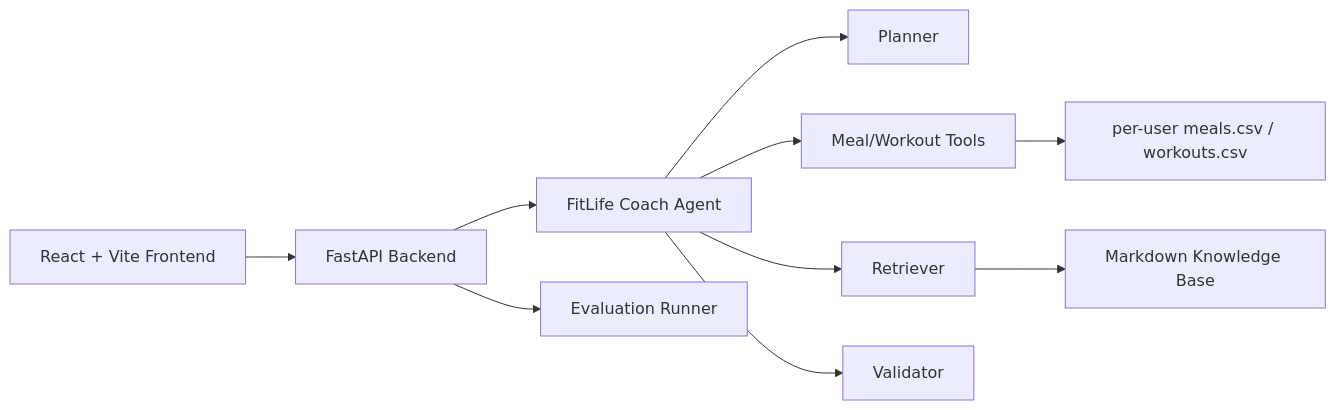
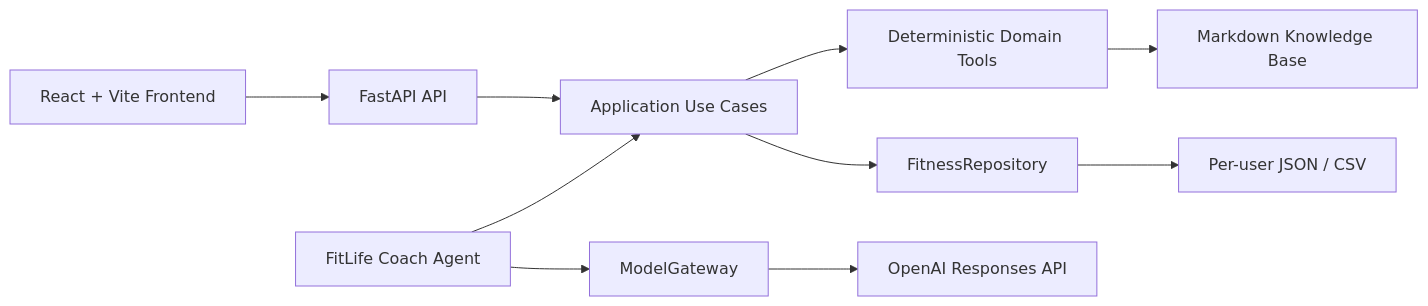
The diagram in README.md (HarrySheldon/fitlife-agent), drawn with Mermaid before and after one commit. The commit also changed other lines of this file and 12 other files, not shown here.

````diff
--- a/README.md
+++ b/README.md
@@ -21,12 +21,12 @@
 ```mermaid
 flowchart LR
-  UI["React + Vite Frontend"] --> API["FastAPI Backend"]
-  API --> Agent["FitLife Coach Agent"]
-  Agent --> Planner["Planner"]
-  Agent --> Tools["Meal/Workout Tools"]
-  Agent --> RAG["Retriever"]
-  Agent --> Validator["Validator"]
-  Tools --> CSV["per-user meals.csv / workouts.csv"]
-  RAG --> KB["Markdown Knowledge Base"]
-  API --> Eval["Evaluation Runner"]
+  UI["React + Vite Frontend"] --> API["FastAPI API"]
+  API --> APP["Application Use Cases"]
+  APP --> DOMAIN["Deterministic Domain Tools"]
+  APP --> REPO["FitnessRepository"]
+  AGENT["FitLife Coach Agent"] --> APP
+  AGENT --> MODEL["ModelGateway"]
+  REPO --> FILES["Per-user JSON / CSV"]
+  MODEL --> OPENAI["OpenAI Responses API"]
+  DOMAIN --> KB["Markdown Knowledge Base"]
 ```
````
